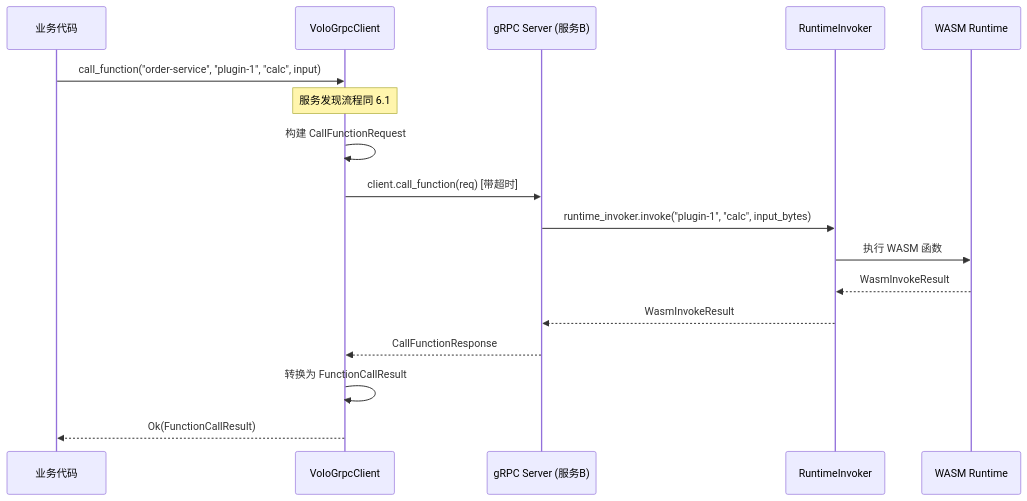
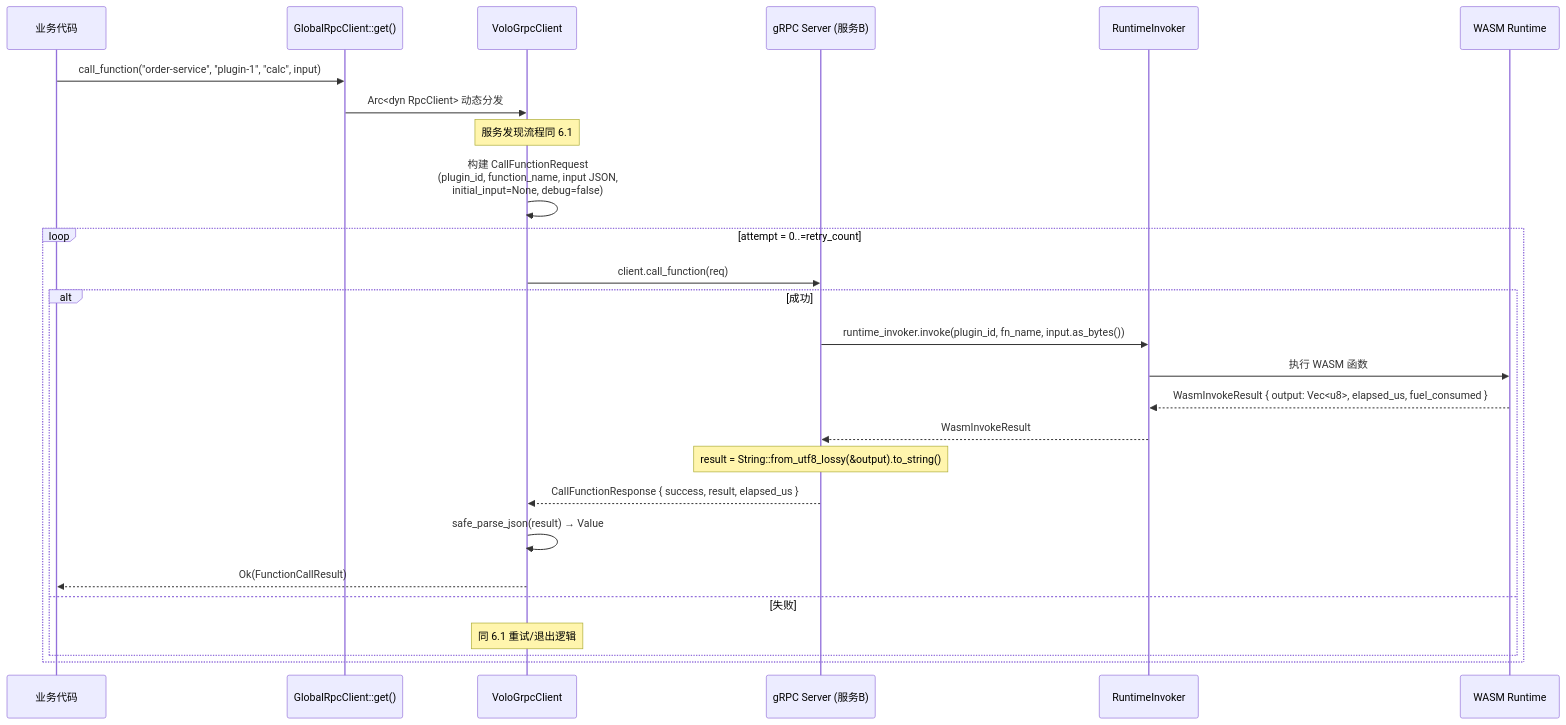
The eighth of 11 diagrams in .trae/documents/RPC架构流程详解.md (warpdrivelabs/cmx-container), drawn with Mermaid before and after one commit. The commit also changed other lines of this file and 2 other files, not shown here.

````diff
--- a/.trae/documents/RPC架构流程详解.md
+++ b/.trae/documents/RPC架构流程详解.md
@@ -285,24 +443,33 @@
 ```mermaid
 sequenceDiagram
     participant Biz as 业务代码
+    participant Global as GlobalRpcClient::get()
     participant Client as VoloGrpcClient
     participant Server as gRPC Server (服务B)
     participant Invoker as RuntimeInvoker
     participant WASM as WASM Runtime
 
-    Biz->>Client: call_function("order-service", "plugin-1", "calc", input)
+    Biz->>Global: call_function("order-service", "plugin-1", "calc", input)
+    Global->>Client: Arc<dyn RpcClient> 动态分发
 
     Note over Client: 服务发现流程同 6.1
 
-    Client->>Client: 构建 CallFunctionRequest
-    Client->>Server: client.call_function(req) [带超时]
+    Client->>Client: 构建 CallFunctionRequest<br/>(plugin_id, function_name, input JSON,<br/>initial_input=None, debug=false)
 
-    Server->>Invoker: runtime_invoker.invoke("plugin-1", "calc", input_bytes)
-    Invoker->>WASM: 执行 WASM 函数
-    WASM-->>Invoker: WasmInvokeResult
-    Invoker-->>Server: WasmInvokeResult
-    Server-->>Client: CallFunctionResponse
+    loop attempt = 0..=retry_count
+        Client->>Server: client.call_function(req)
 
-    Client->>Client: 转换为 FunctionCallResult
-    Client-->>Biz: Ok(FunctionCallResult)
+        alt 成功
+            Server->>Invoker: runtime_invoker.invoke(plugin_id, fn_name, input.as_bytes())
+            Invoker->>WASM: 执行 WASM 函数
+            WASM-->>Invoker: WasmInvokeResult { output: Vec<u8>, elapsed_us, fuel_consumed }
+            Invoker-->>Server: WasmInvokeResult
+            Note over Server: result = String::from_utf8_lossy(&output).to_string()
+            Server-->>Client: CallFunctionResponse { success, result, elapsed_us }
+            Client->>Client: safe_parse_json(result) → Value
+            Client-->>Biz: Ok(FunctionCallResult)
+        else 失败
+            Note over Client: 同 6.1 重试/退出逻辑
+        end
+    end
 ```
````
